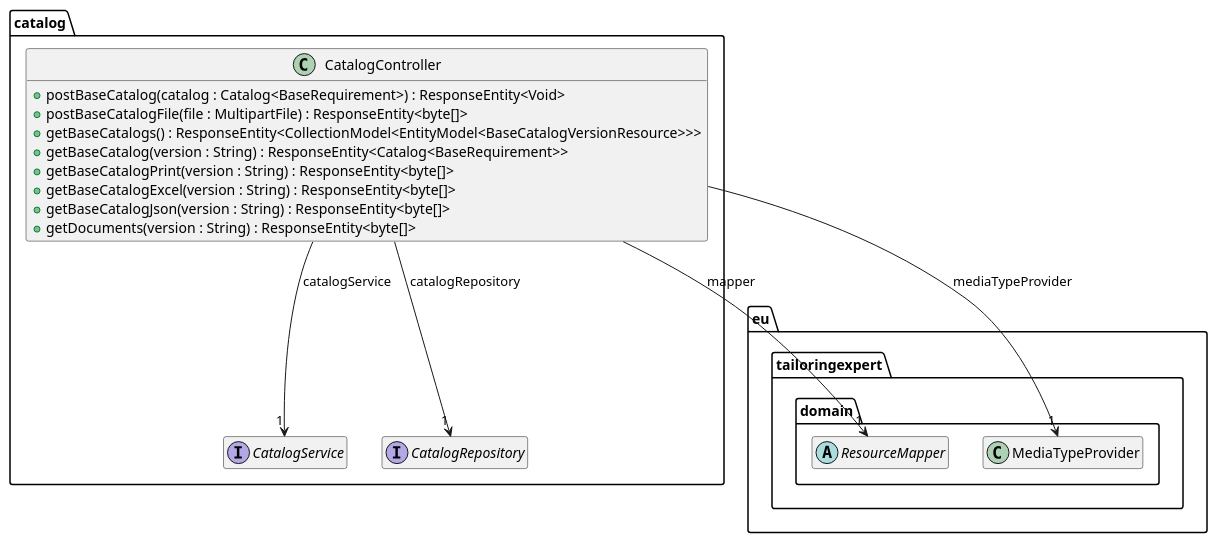
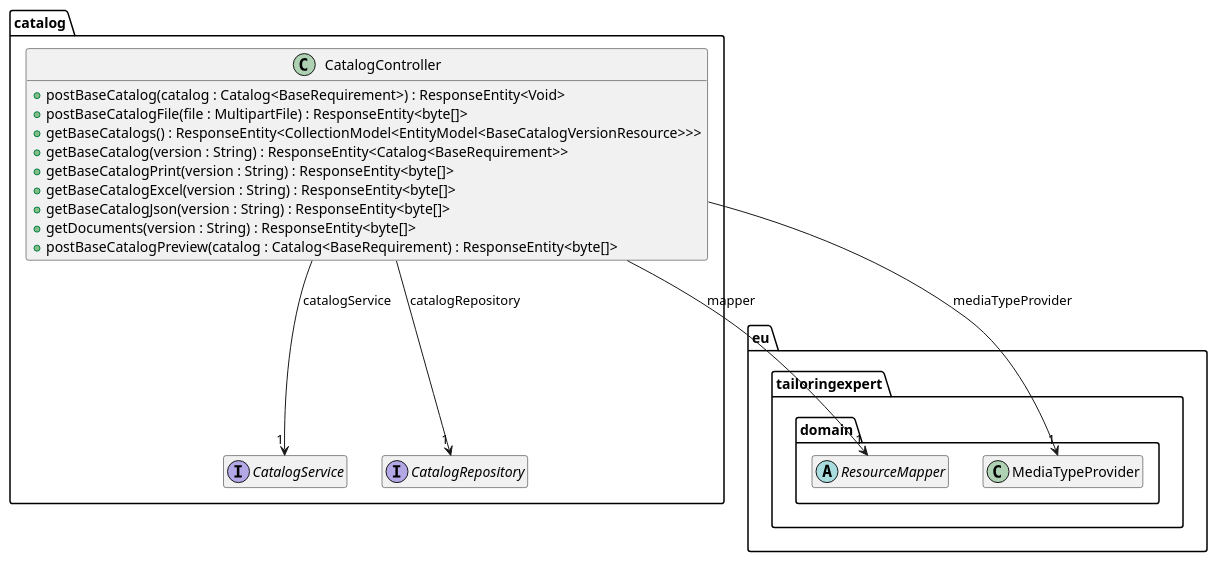
The diagram in src/site/arc42/plantuml/rest/catalog/Ebene3.plantuml (tailoringexpert/platform), drawn with PlantUML before and after one commit. The commit also changed 9 other files, not shown here.

```diff
--- a/src/site/arc42/plantuml/rest/catalog/Ebene3.plantuml
+++ b/src/site/arc42/plantuml/rest/catalog/Ebene3.plantuml
@@ -1,36 +1,37 @@
 @startuml
 hide empty members
 
 package eu.tailoringexpert {
     package domain {
         abstract class ResourceMapper
         class MediaTypeProvider
     }
 }
 
 package catalog {
 
     interface CatalogService {
     }
 
     interface CatalogRepository {
     }
 
     class CatalogController {
         +postBaseCatalog(catalog : Catalog<BaseRequirement>) : ResponseEntity<Void>
         +postBaseCatalogFile(file : MultipartFile) : ResponseEntity<byte[]>
         +getBaseCatalogs() : ResponseEntity<CollectionModel<EntityModel<BaseCatalogVersionResource>>>
         +getBaseCatalog(version : String) : ResponseEntity<Catalog<BaseRequirement>>
         +getBaseCatalogPrint(version : String) : ResponseEntity<byte[]>
         +getBaseCatalogExcel(version : String) : ResponseEntity<byte[]>
         +getBaseCatalogJson(version : String) : ResponseEntity<byte[]>
         +getDocuments(version : String) : ResponseEntity<byte[]>
+        +postBaseCatalogPreview(catalog : Catalog<BaseRequirement) : ResponseEntity<byte[]>
     }
 
 
     CatalogController --> "1" ResourceMapper : mapper
     CatalogController --> "1" CatalogService : catalogService
     CatalogController --> "1" CatalogRepository : catalogRepository
     CatalogController --> "1" MediaTypeProvider : mediaTypeProvider
 }
 @enduml
```
